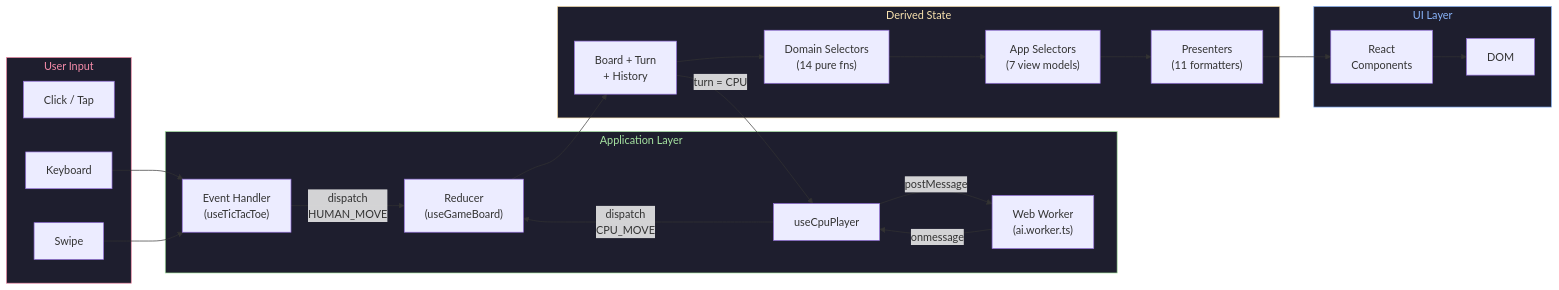
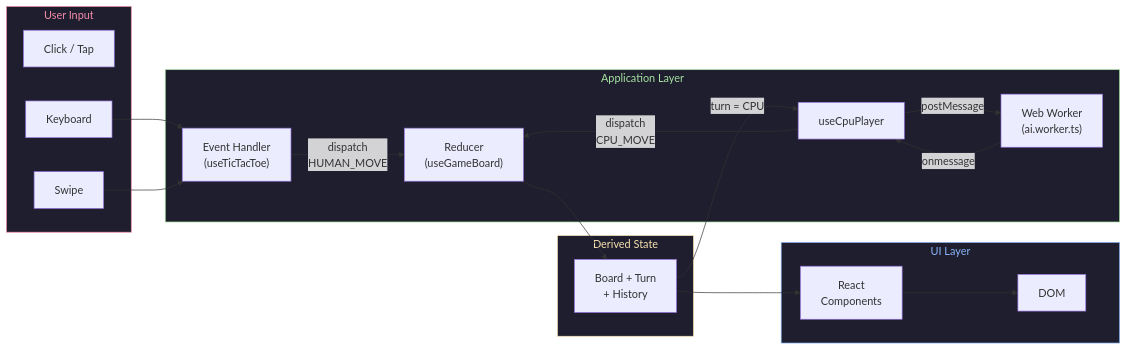
The third of 9 diagrams in README.md (scottdreinhart/tictactoe), drawn with Mermaid before and after one commit. The commit also changed other lines of this file, not shown here.

````diff
--- a/README.md
+++ b/README.md
@@ -547,43 +444,40 @@
 ```mermaid
 flowchart LR
   subgraph Input["User Input"]
     click["Click / Tap"]
     key["Keyboard"]
     swipe["Swipe"]
   end
 
   subgraph Hooks["Application Layer"]
     handler["Event Handler\n(useTicTacToe)"]
     reducer["Reducer\n(useGameBoard)"]
     cpu["useCpuPlayer"]
     worker["Web Worker\n(ai.worker.ts)"]
   end
 
   subgraph State["Derived State"]
     raw["Board + Turn\n+ History"]
-    dsel["Domain Selectors\n(14 pure fns)"]
-    asel["App Selectors\n(7 view models)"]
-    pres["Presenters\n(11 formatters)"]
   end
 
   subgraph Render["UI Layer"]
     comp["React\nComponents"]
     dom["DOM"]
   end
 
   click --> handler
   key --> handler
   swipe --> handler
   handler -->|"dispatch\nHUMAN_MOVE"| reducer
   reducer --> raw
   raw -->|"turn = CPU"| cpu
   cpu -->|postMessage| worker
   worker -->|onmessage| cpu
   cpu -->|"dispatch\nCPU_MOVE"| reducer
-  raw --> dsel --> asel --> pres --> comp --> dom
+  raw --> comp --> dom
 
   style Input fill:#1e1e2e,color:#f38ba8,stroke:#f38ba8
   style Hooks fill:#1e1e2e,color:#a6e3a1,stroke:#a6e3a1
   style State fill:#1e1e2e,color:#f9e2af,stroke:#f9e2af
   style Render fill:#1e1e2e,color:#89b4fa,stroke:#89b4fa
 ```
````
